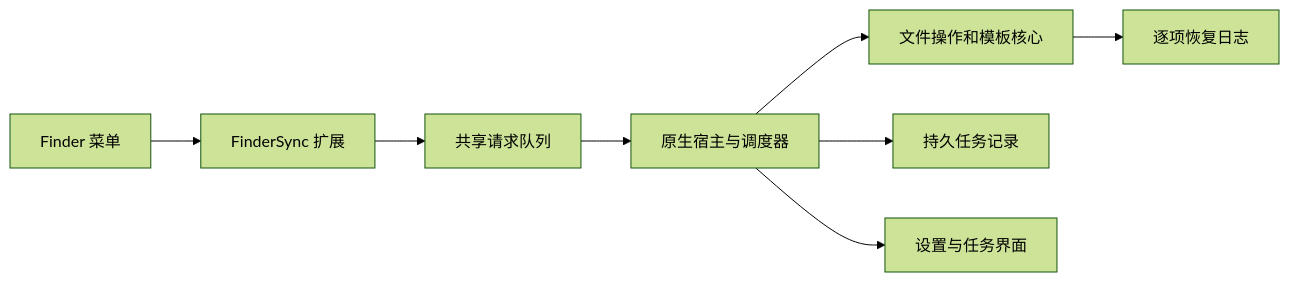
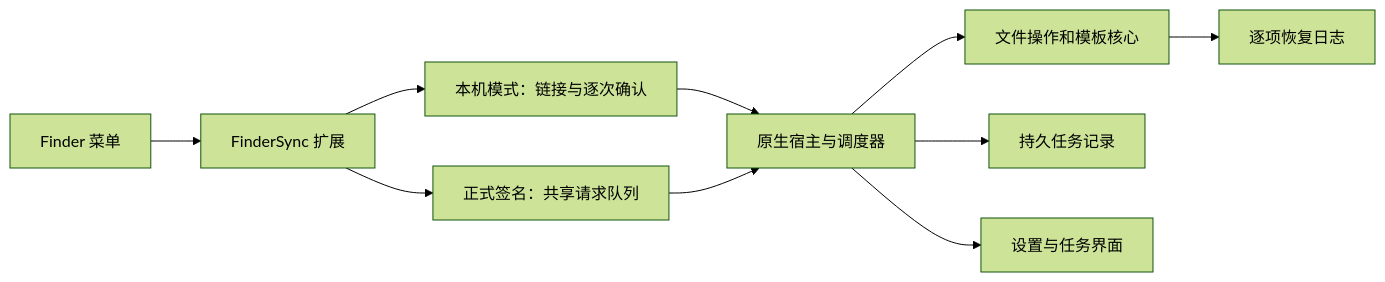
The diagram in README.md (sephiroth233/right-mouse), drawn with Mermaid (forest theme) before and after one commit. The commit also changed other lines of this file and 13 other files, not shown here.

````diff
--- a/README.md
+++ b/README.md
@@ -53,10 +53,12 @@
 ```mermaid
 flowchart LR
     Finder[Finder 菜单] --> Extension[FinderSync 扩展]
-    Extension --> Inbox[共享请求队列]
+    Extension --> Inbox[正式签名：共享请求队列]
+    Extension --> Confirm[本机模式：链接与逐次确认]
+    Confirm --> Host
     Inbox --> Host[原生宿主与调度器]
     Host --> Core[文件操作和模板核心]
     Host --> Ledger[持久任务记录]
     Core --> Recovery[逐项恢复日志]
     Host --> UI[设置与任务界面]
 ```
````
